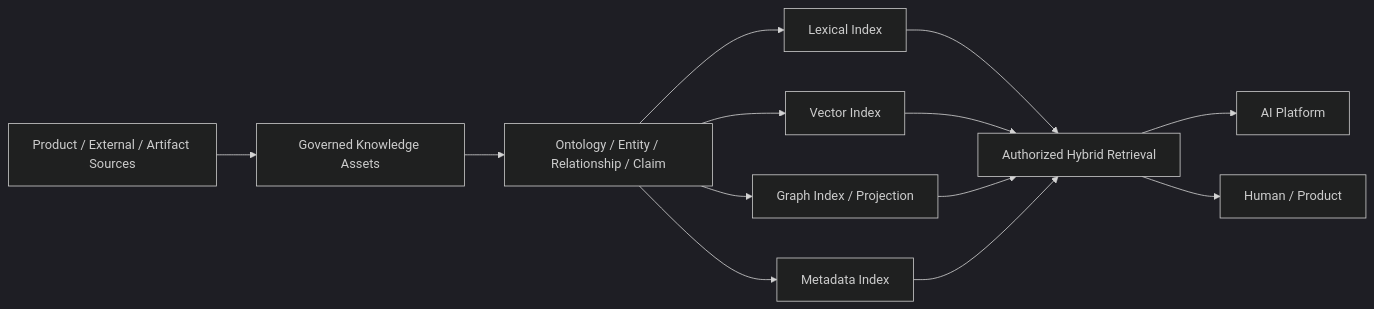
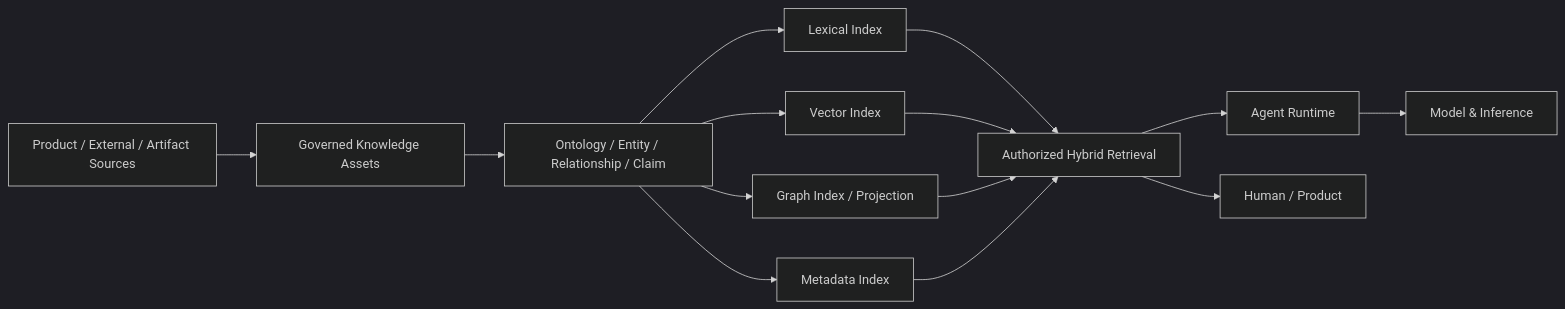
The diagram in 01-enterprise/EAD-003-enterprise-data-ownership-and-topology.md (anshacerbia2/scnehaux-architecture), drawn with Mermaid (dark theme) before and after one commit. The commit also changed other lines of this file and 30 other files, not shown here.

Commit message:
refine platform execution and AI architecture

````diff
--- a/01-enterprise/EAD-003-enterprise-data-ownership-and-topology.md
+++ b/01-enterprise/EAD-003-enterprise-data-ownership-and-topology.md
@@ -138,26 +144,28 @@
 ```mermaid
 graph LR
     SOURCE[Product / External / Artifact Sources]
     KA[Governed Knowledge Assets]
     MODEL[Ontology / Entity / Relationship / Claim]
     LEX[Lexical Index]
     VEC[Vector Index]
     GRAPH[Graph Index / Projection]
     META[Metadata Index]
     RET[Authorized Hybrid Retrieval]
-    AI[AI Platform]
+    AGENT[Agent Runtime]
+    INFER[Model & Inference]
     HUMAN[Human / Product]
 
     SOURCE --> KA
     KA --> MODEL
     MODEL --> LEX
     MODEL --> VEC
     MODEL --> GRAPH
     MODEL --> META
     LEX --> RET
     VEC --> RET
     GRAPH --> RET
     META --> RET
-    RET --> AI
+    RET --> AGENT
     RET --> HUMAN
+    AGENT --> INFER
 ```
````
